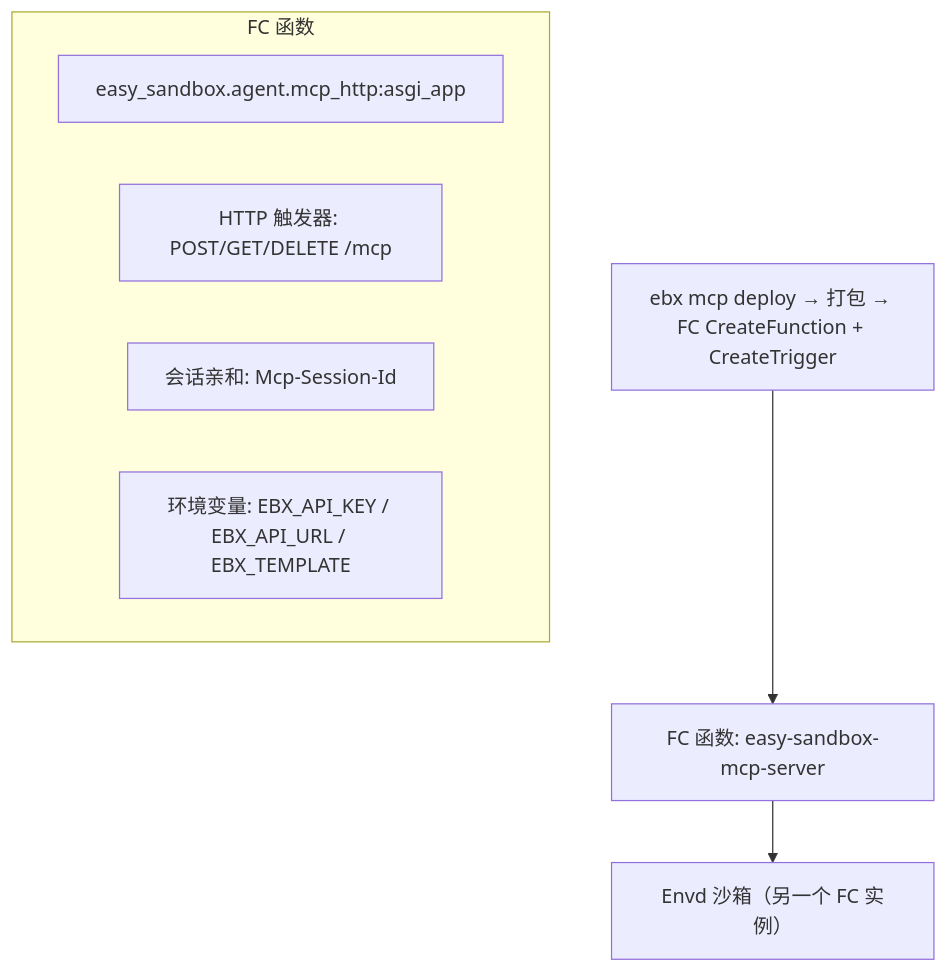
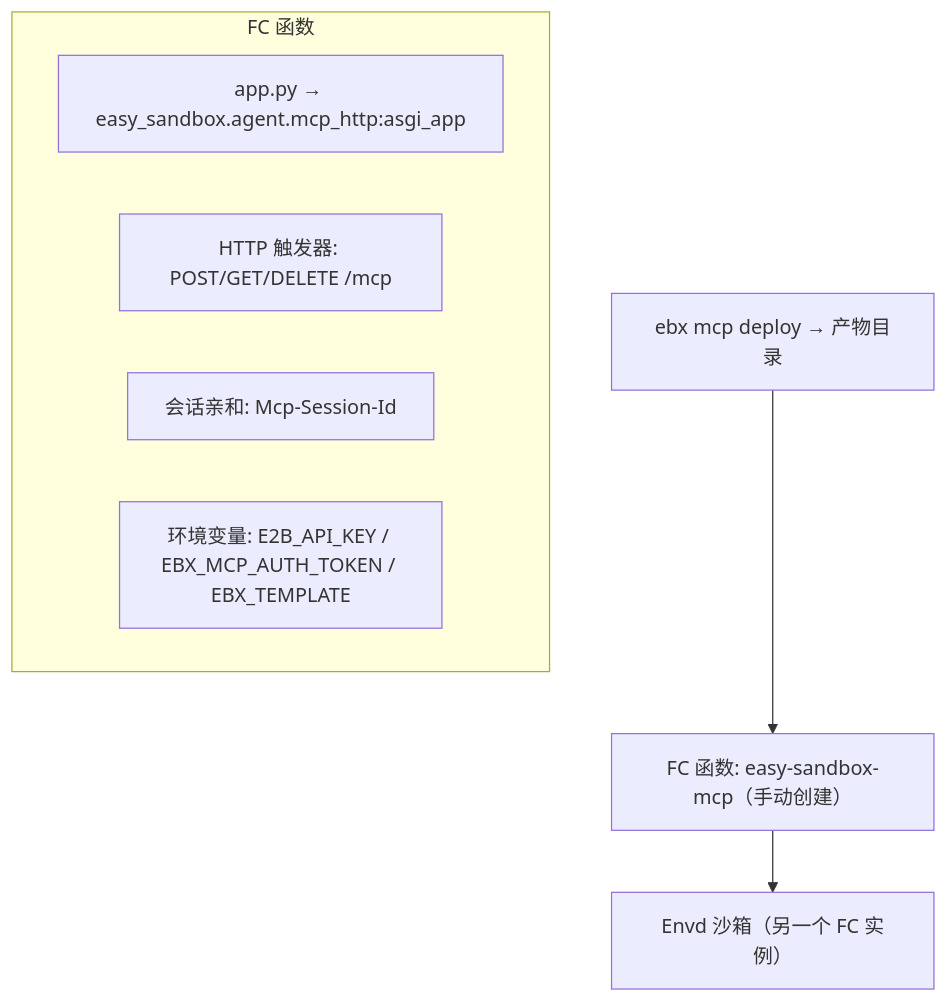
Before and after one commit to Easy-Sandbox/easy-sandbox: the sixth of 6 diagrams in docs/zh/design/mcp-server.md, drawn with Mermaid. The commit also changed other lines of this file and 338 other files, not shown here.

````diff
--- a/docs/zh/design/mcp-server.md
+++ b/docs/zh/design/mcp-server.md
@@ -448,16 +452,16 @@
 ```mermaid
 graph TB
-    CLI["ebx mcp deploy → 打包 → FC CreateFunction + CreateTrigger"]
-    FC["FC 函数: easy-sandbox-mcp-server"]
+    CLI["ebx mcp deploy → 产物目录"]
+    FC["FC 函数: easy-sandbox-mcp（手动创建）"]
     Sandbox["Envd 沙箱（另一个 FC 实例）"]
 
     CLI --> FC
     FC --> Sandbox
 
     subgraph FC_Function ["FC 函数"]
-        ASGI["easy_sandbox.agent.mcp_http:asgi_app"]
+        ASGI["app.py → easy_sandbox.agent.mcp_http:asgi_app"]
         Trigger["HTTP 触发器: POST/GET/DELETE /mcp"]
         Session["会话亲和: Mcp-Session-Id"]
-        Env["环境变量: EBX_API_KEY / EBX_API_URL / EBX_TEMPLATE"]
+        Env["环境变量: E2B_API_KEY / EBX_MCP_AUTH_TOKEN / EBX_TEMPLATE"]
     end
 ```
````
